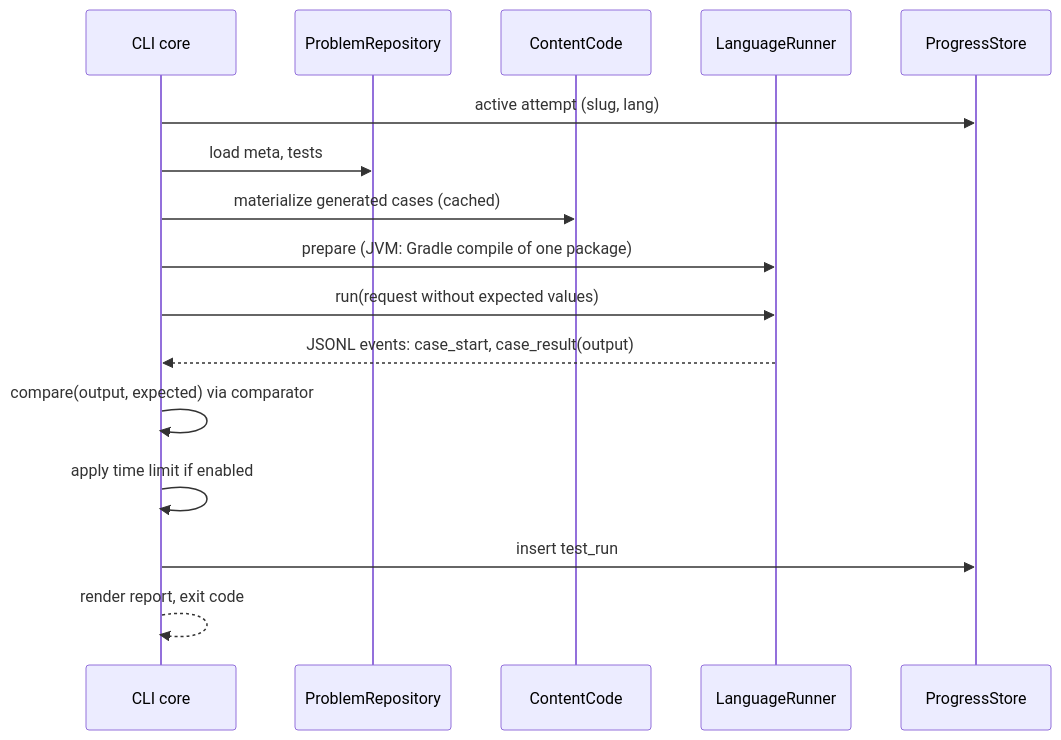
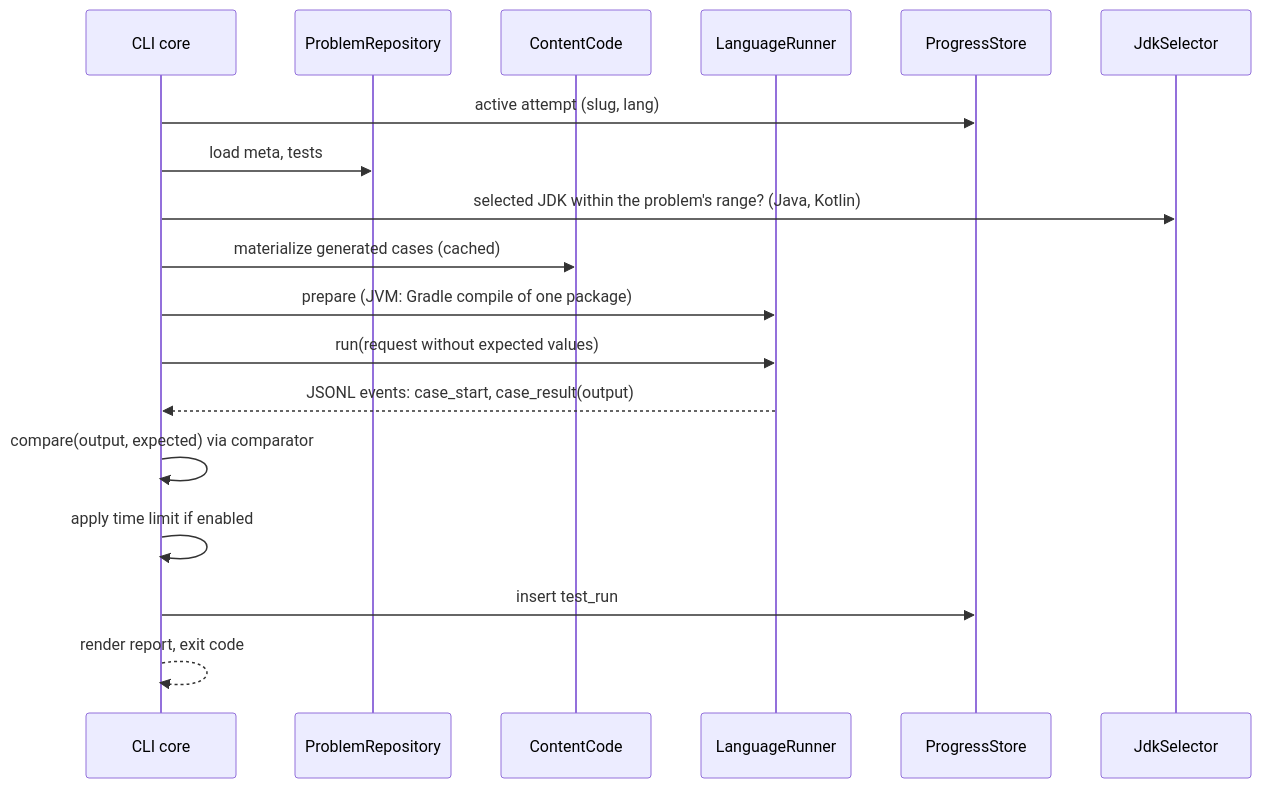
The third of 4 diagrams in docs/architecture.md (bkuberek/coding-study), drawn with Mermaid before and after one commit. The commit also changed other lines of this file and 11 other files, not shown here.

First line of the commit message:
docs: accept ADR 0016 and specify the supported JDK range

````diff
--- a/docs/architecture.md
+++ b/docs/architecture.md
@@ -155,18 +159,20 @@
 ```mermaid
 sequenceDiagram
   participant C as CLI core
   participant R as ProblemRepository
   participant X as ContentCode
   participant L as LanguageRunner
   participant S as ProgressStore
+  participant J as JdkSelector
   C->>S: active attempt (slug, lang)
   C->>R: load meta, tests
+  C->>J: selected JDK within the problem's range? (Java, Kotlin)
   C->>X: materialize generated cases (cached)
   C->>L: prepare (JVM: Gradle compile of one package)
   C->>L: run(request without expected values)
   L-->>C: JSONL events: case_start, case_result(output)
   C->>C: compare(output, expected) via comparator
   C->>C: apply time limit if enabled
   C->>S: insert test_run
   C-->>C: render report, exit code
 ```
````
